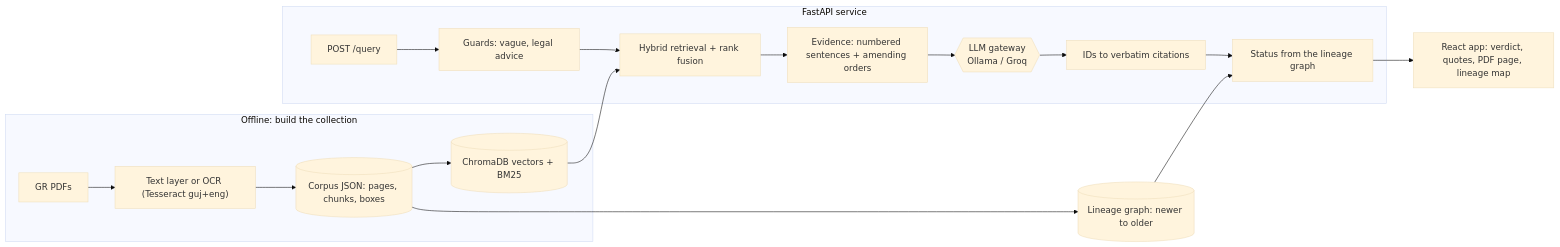
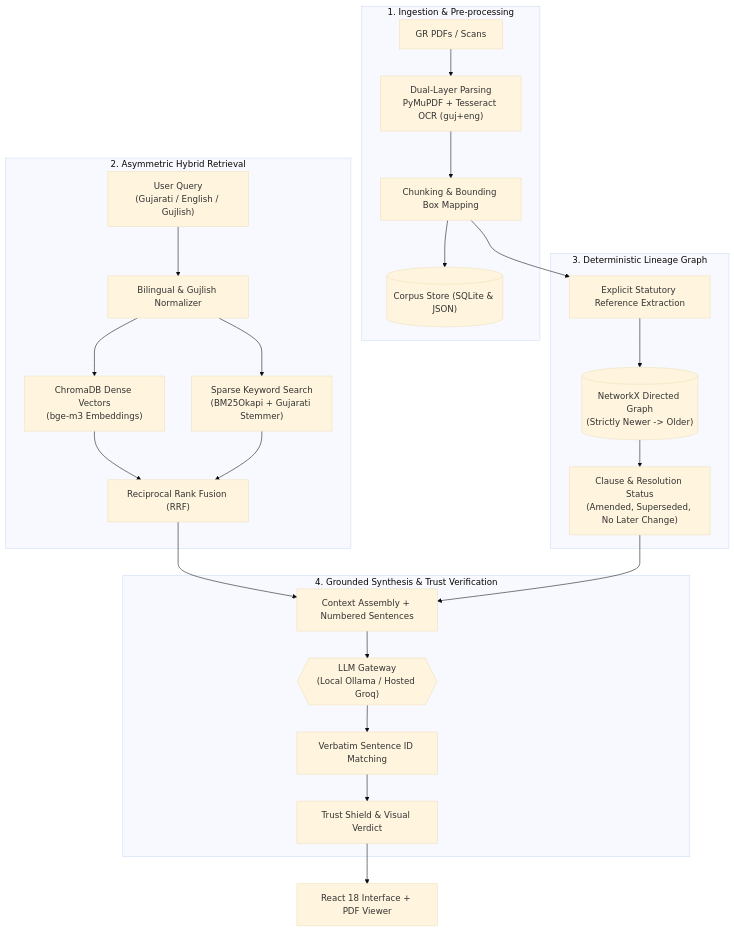
The diagram in README.md (Vivek-Maheshwari-07/GovResolve-AI), drawn with Mermaid (base theme) before and after one commit. The commit also changed other lines of this file and 58 other files, not shown here.

Commit message:
chore: major architectural audit fixes, MVP bug squashing, and accurate docs sync

````diff
--- a/README.md
+++ b/README.md
@@ -58,19 +31,31 @@
 ```mermaid
-flowchart LR
-    subgraph Build["Offline: build the collection"]
-        PDF[GR PDFs] --> OCR["Text layer or OCR (Tesseract guj+eng)"] --> CORPUS[(Corpus JSON: pages, chunks, boxes)]
-        CORPUS --> INDEX[(ChromaDB vectors + BM25)]
+flowchart TD
+    subgraph INGEST["1. Ingestion & Pre-processing"]
+        PDF["GR PDFs / Scans"] --> DUAL["Dual-Layer Parsing<br/>PyMuPDF + Tesseract OCR (guj+eng)"]
+        DUAL --> CHUNKS["Chunking & Bounding Box Mapping"]
+        CHUNKS --> SQLITE[("Corpus Store (SQLite & JSON)")]
     end
-    subgraph Serve["FastAPI service"]
-        Q[POST /query] --> G["Guards: vague, legal advice"]
-        G --> R["Hybrid retrieval + rank fusion"]
-        R --> E["Evidence: numbered sentences + amending orders"]
-        E --> L{{"LLM gateway<br/>Ollama / Groq"}}
-        L --> C["IDs to verbatim citations"]
-        C --> S["Status from the lineage graph"]
+
+    subgraph RETRIEVAL["2. Asymmetric Hybrid Retrieval"]
+        Q["User Query<br/>(Gujarati / English / Gujlish)"] --> NORM["Bilingual & Gujlish Normalizer"]
+        NORM --> DENSE["ChromaDB Dense Vectors<br/>(bge-m3 Embeddings)"]
+        NORM --> SPARSE["Sparse Keyword Search<br/>(BM25Okapi + Gujarati Stemmer)"]
+        DENSE & SPARSE --> RRF["Reciprocal Rank Fusion (RRF)"]
     end
-    CORPUS --> GRAPH[(Lineage graph: newer to older)]
-    GRAPH --> S
-    INDEX --> R
-    S --> UI["React app: verdict, quotes, PDF page, lineage map"]
+
+    subgraph LINEAGE["3. Deterministic Lineage Graph"]
+        CHUNKS --> REGEX["Explicit Statutory Reference Extraction"]
+        REGEX --> GRAPH[("NetworkX Directed Graph<br/>(Strictly Newer -> Older)")]
+        GRAPH --> STATUS["Clause & Resolution Status<br/>(Amended, Superseded, No Later Change)"]
+    end
+
+    subgraph GENERATION["4. Grounded Synthesis & Trust Verification"]
+        RRF --> PROMPT["Context Assembly + Numbered Sentences"]
+        STATUS --> PROMPT
+        PROMPT --> LLM{{"LLM Gateway<br/>(Local Ollama / Hosted Groq)"}}
+        LLM --> V_CHECK["Verbatim Sentence ID Matching"]
+        V_CHECK --> SHIELD["Trust Shield & Visual Verdict"]
+    end
+
+    SHIELD --> UI["React 18 Interface + PDF Viewer"]
 ```
````
